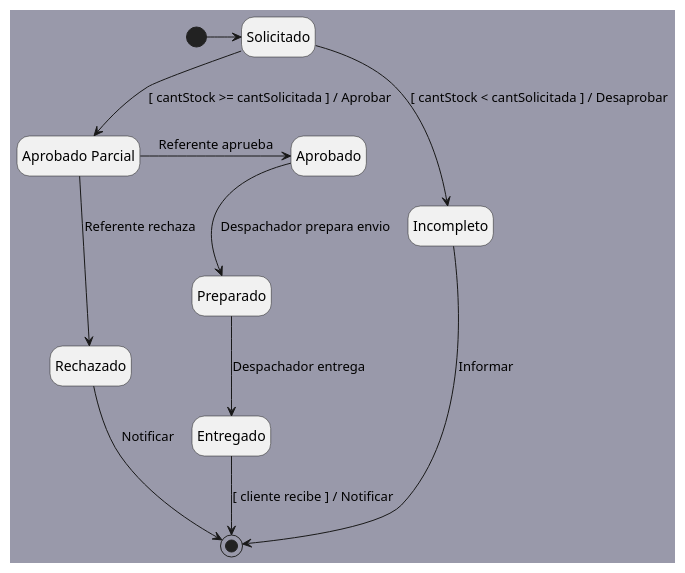
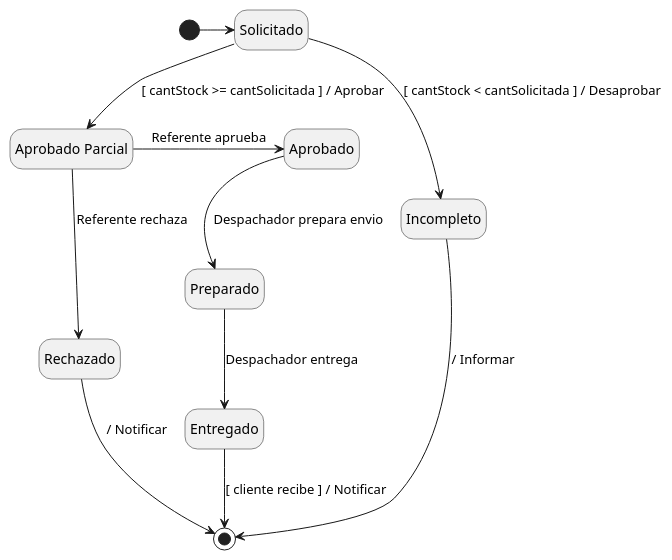
One commit to Z0SO/UML-Practice changed the diagram in Parcial_2/03-Diseño_de_Pantallas/Parcial_Pinturas.md. Above: the diagram before and after it, drawn with PlantUML. The commit also changed 1 other file, not shown here.

Commit message:
bkp -> 2024-11-20 00:39:14

````diff
--- a/Parcial_2/03-Diseño_de_Pantallas/Parcial_Pinturas.md
+++ b/Parcial_2/03-Diseño_de_Pantallas/Parcial_Pinturas.md
@@ -6,39 +6,33 @@
 ```plantuml
 @startuml
-
-skinparam backgroundColor #99a
 hide empty description
 
 state "Aprobado Parcial" as aprobado_parcial
 state "Aprobado" as aprobado
 state "Incompleto" as incompleto 
 state "Rechazado" as rechazado
 state "Preparado" as preparado
 state "Entregado" as entregado
 state "Solicitado" as solicitado
 
 [*] -> solicitado
 
 solicitado --> aprobado_parcial: [ cantStock >= cantSolicitada ] / Aprobar
 
 solicitado --> incompleto: [ cantStock < cantSolicitada ] / Desaprobar
 
-incompleto --> [*]: Informar
+incompleto --> [*]: / Informar
 
 aprobado_parcial --> rechazado: Referente rechaza
 aprobado_parcial -> aprobado: Referente aprueba
 
 aprobado --> preparado: Despachador prepara envio
 
 preparado --> entregado: Despachador entrega
 
 entregado --> [*]: [ cliente recibe ] / Notificar
 
-rechazado --> [*]: Notificar
-
-
-
-
+rechazado --> [*]: / Notificar
 
 @enduml
 ```
````
